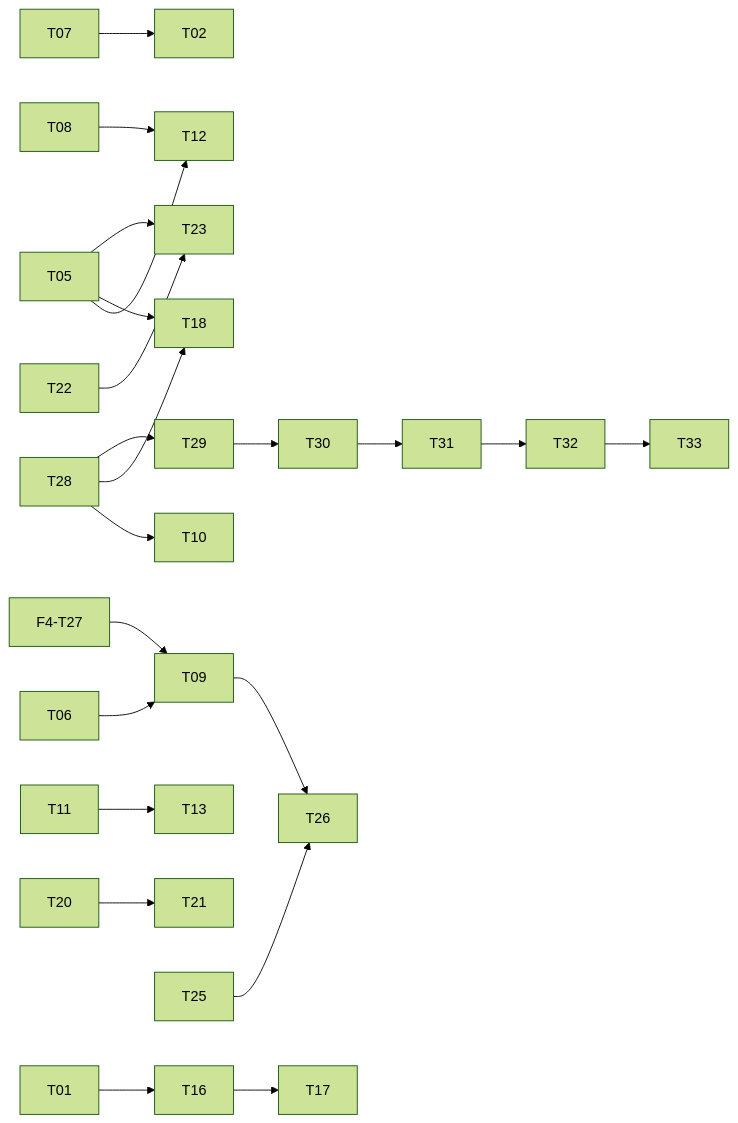
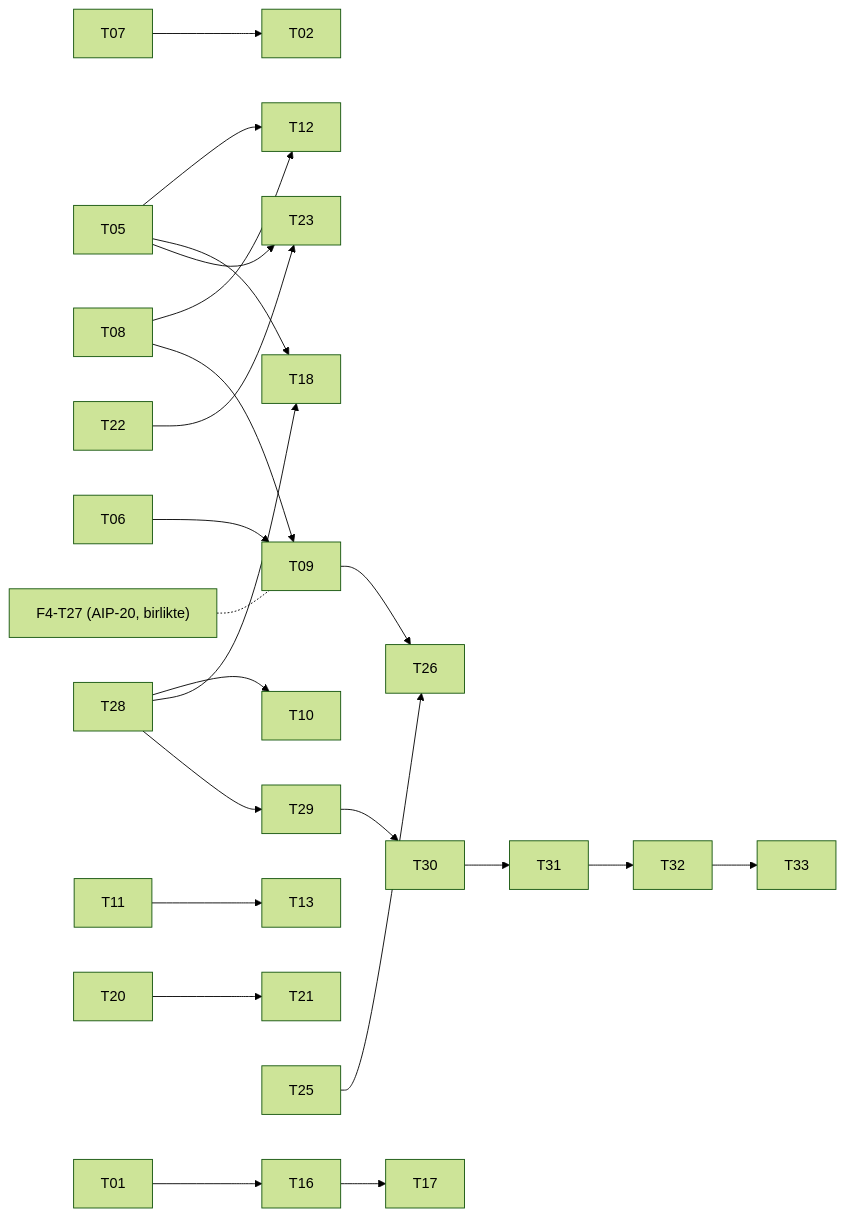
The diagram in docs/stages/F5-neural-synthesis/tasks.md (seydivakkas/FreyaOtomotivUltra), drawn with Mermaid (forest theme) before and after one commit. The commit also changed other lines of this file and 13 other files, not shown here.

````diff
--- a/docs/stages/F5-neural-synthesis/tasks.md
+++ b/docs/stages/F5-neural-synthesis/tasks.md
@@ -250,15 +250,16 @@
 ```mermaid
 flowchart LR
     T07 --> T02
     T05 --> T12 & T18 & T23
     T06 --> T09
     T08 --> T12
-    F4T27["F4-T27"] --> T09 --> T26
+    F4T27["F4-T27 (AIP-20, birlikte)"] -.- T09 --> T26
+    T08 --> T09
     T28 --> T10 & T18
     T01 --> T16 --> T17
     T11 --> T13
     T20 --> T21
     T22 --> T23
     T25 --> T26
     T28 --> T29 --> T30 --> T31 --> T32 --> T33
 ```
````
